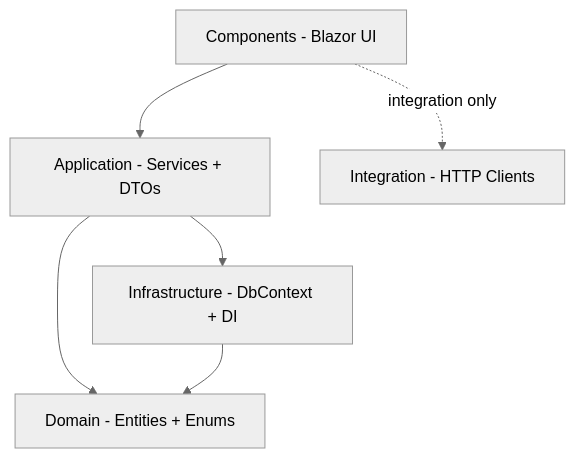
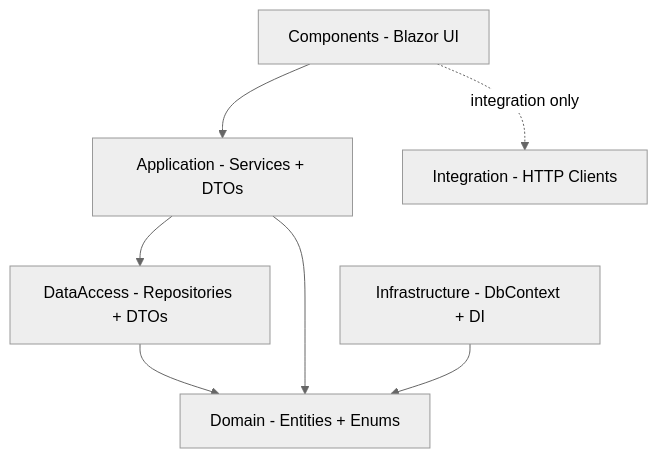
Before and after one commit to fonMaringer/InitiativeTracker: the first of 5 diagrams in SYSTEM_DESIGN.md, drawn with Mermaid (neutral theme). The commit also changed other lines of this file and 3 other files, not shown here.

````diff
--- a/SYSTEM_DESIGN.md
+++ b/SYSTEM_DESIGN.md
@@ -26,8 +27,9 @@
 ```mermaid
 graph TD
     COMP[Components - Blazor UI] --> APP[Application - Services + DTOs]
-    APP --> INFRA[Infrastructure - DbContext + DI]
-    APP --> DOM[Domain - Entities + Enums]
-    INFRA --> DOM
+    APP --> DATA[DataAccess - Repositories + DTOs]
+    DATA --> DOM[Domain - Entities + Enums]
+    APP --> DOM
+    INFRA[Infrastructure - DbContext + DI] --> DOM
     COMP -. integration only .-> INTEG[Integration - HTTP Clients]
 ```
````
